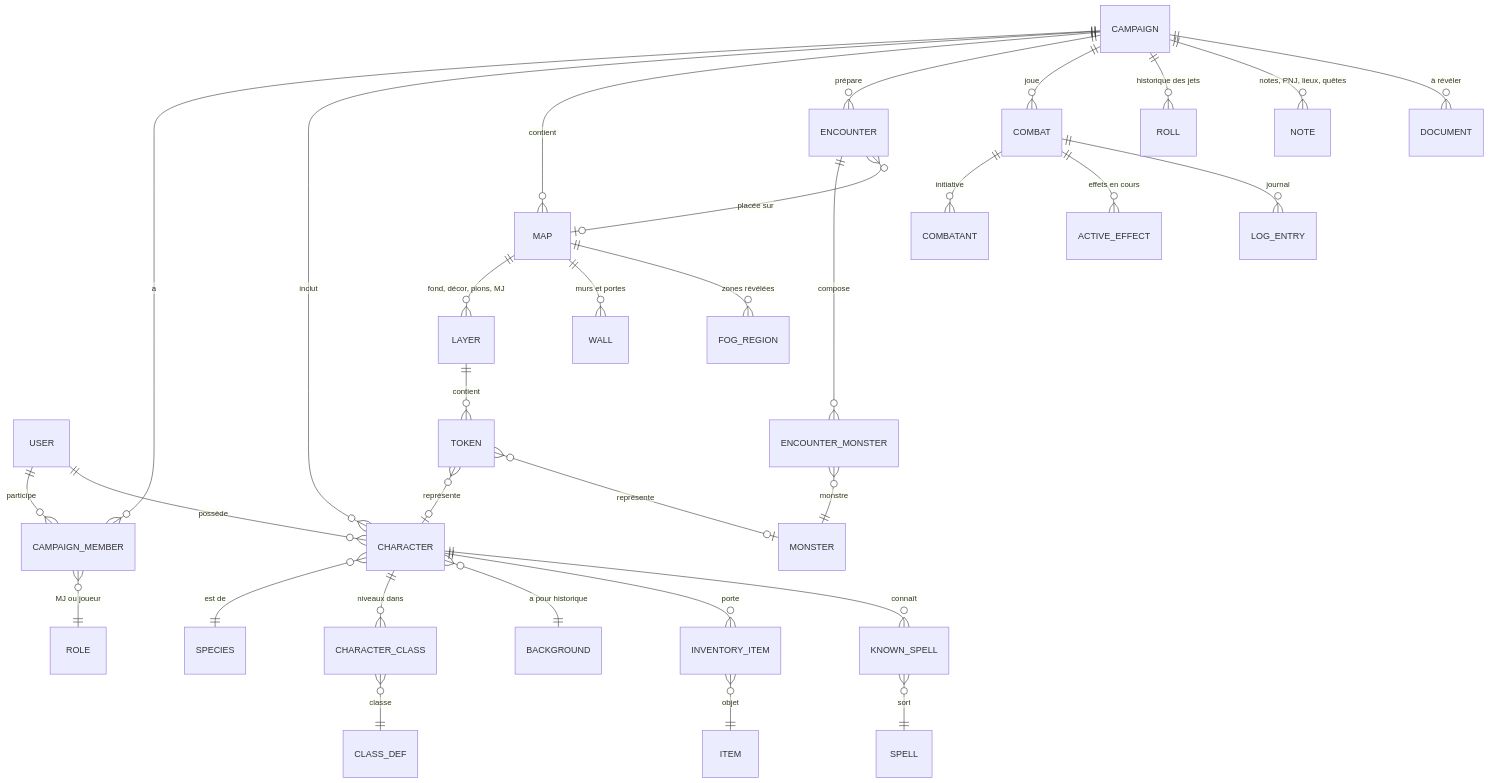
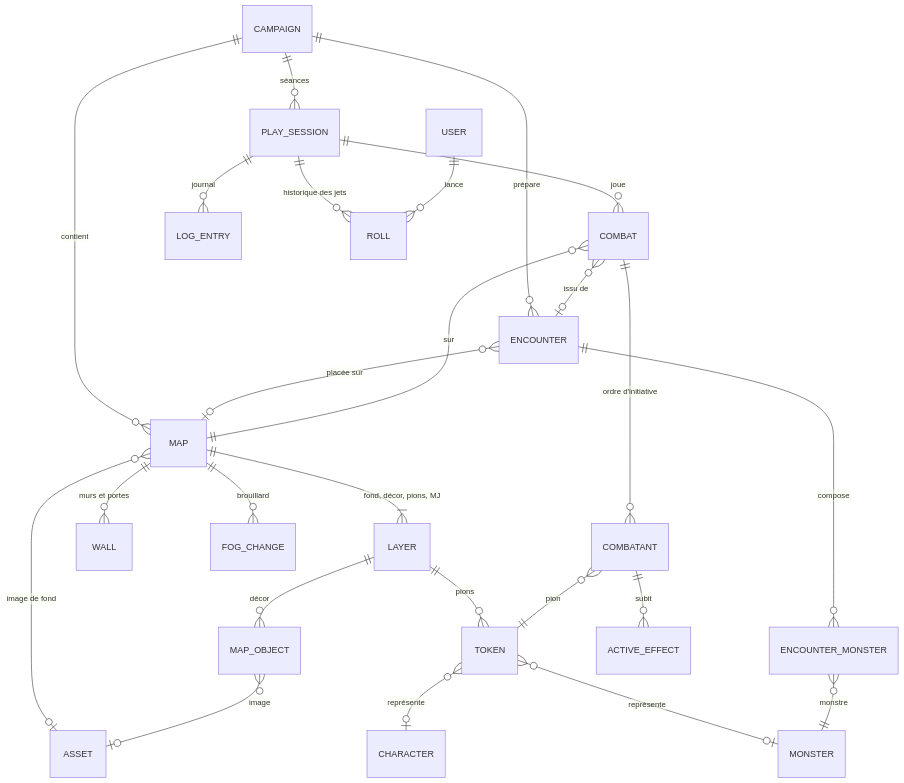
The third of 3 diagrams in docs/technique/modele-de-donnees.md (epiquest-dnd/EpiQuest-DnDiscombobulate), drawn with Mermaid before and after one commit. The commit also changed other lines of this file and 1 other file, not shown here.

````diff
--- a/docs/technique/modele-de-donnees.md
+++ b/docs/technique/modele-de-donnees.md
@@ -16,34 +91,27 @@
 ```mermaid
 erDiagram
-    USER ||--o{ CAMPAIGN_MEMBER : "participe"
-    CAMPAIGN ||--o{ CAMPAIGN_MEMBER : "a"
-    CAMPAIGN_MEMBER }o--|| ROLE : "MJ ou joueur"
-    USER ||--o{ CHARACTER : "possède"
-    CAMPAIGN ||--o{ CHARACTER : "inclut"
-    CHARACTER }o--|| SPECIES : "est de"
-    CHARACTER ||--o{ CHARACTER_CLASS : "niveaux dans"
-    CHARACTER_CLASS }o--|| CLASS_DEF : "classe"
-    CHARACTER }o--|| BACKGROUND : "a pour historique"
-    CHARACTER ||--o{ INVENTORY_ITEM : "porte"
-    INVENTORY_ITEM }o--|| ITEM : "objet"
-    CHARACTER ||--o{ KNOWN_SPELL : "connaît"
-    KNOWN_SPELL }o--|| SPELL : "sort"
     CAMPAIGN ||--o{ MAP : "contient"
-    MAP ||--o{ LAYER : "fond, décor, pions, MJ"
-    MAP ||--o{ WALL : "murs et portes"
-    LAYER ||--o{ TOKEN : "contient"
+    MAP ||--|{ LAYER : "fond, décor, pions, MJ"
+    MAP }o--o| ASSET : "image de fond"
+    LAYER ||--o{ MAP_OBJECT : "décor"
+    MAP_OBJECT }o--o| ASSET : "image"
+    LAYER ||--o{ TOKEN : "pions"
     TOKEN }o--o| CHARACTER : "représente"
     TOKEN }o--o| MONSTER : "représente"
-    MAP ||--o{ FOG_REGION : "zones révélées"
+    MAP ||--o{ WALL : "murs et portes"
+    MAP ||--o{ FOG_CHANGE : "brouillard"
     CAMPAIGN ||--o{ ENCOUNTER : "prépare"
     ENCOUNTER ||--o{ ENCOUNTER_MONSTER : "compose"
     ENCOUNTER_MONSTER }o--|| MONSTER : "monstre"
     ENCOUNTER }o--o| MAP : "placée sur"
-    CAMPAIGN ||--o{ COMBAT : "joue"
-    COMBAT ||--o{ COMBATANT : "initiative"
-    COMBAT ||--o{ ACTIVE_EFFECT : "effets en cours"
-    COMBAT ||--o{ LOG_ENTRY : "journal"
-    CAMPAIGN ||--o{ ROLL : "historique des jets"
-    CAMPAIGN ||--o{ NOTE : "notes, PNJ, lieux, quêtes"
-    CAMPAIGN ||--o{ DOCUMENT : "à révéler"
+    CAMPAIGN ||--o{ PLAY_SESSION : "séances"
+    PLAY_SESSION ||--o{ COMBAT : "joue"
+    COMBAT }o--o| ENCOUNTER : "issu de"
+    COMBAT }o--|| MAP : "sur"
+    COMBAT ||--o{ COMBATANT : "ordre d'initiative"
+    COMBATANT }o--|| TOKEN : "pion"
+    COMBATANT ||--o{ ACTIVE_EFFECT : "subit"
+    PLAY_SESSION ||--o{ LOG_ENTRY : "journal"
+    PLAY_SESSION ||--o{ ROLL : "historique des jets"
+    USER ||--o{ ROLL : "lance"
 ```
````
